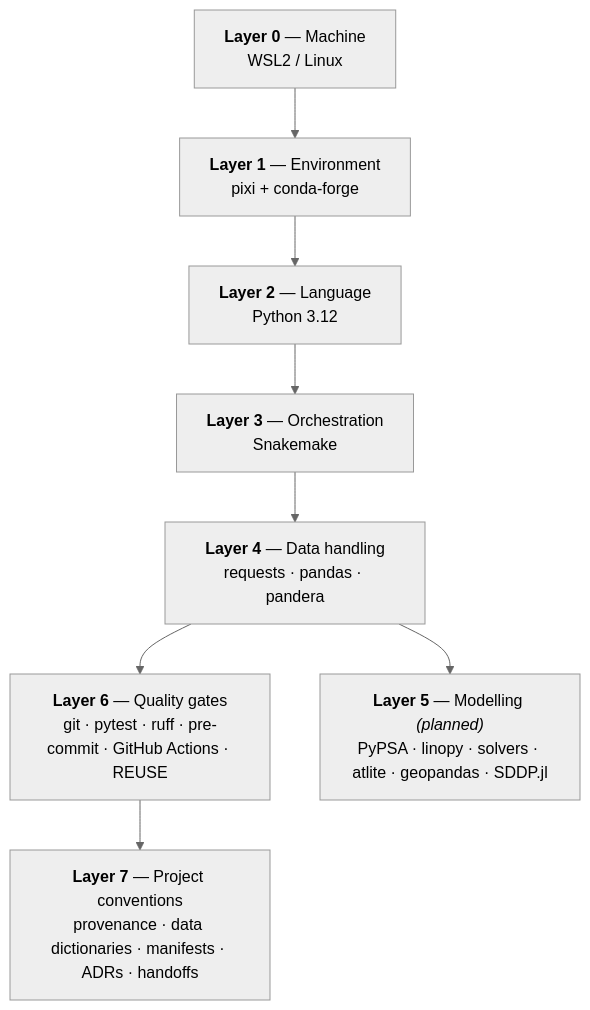
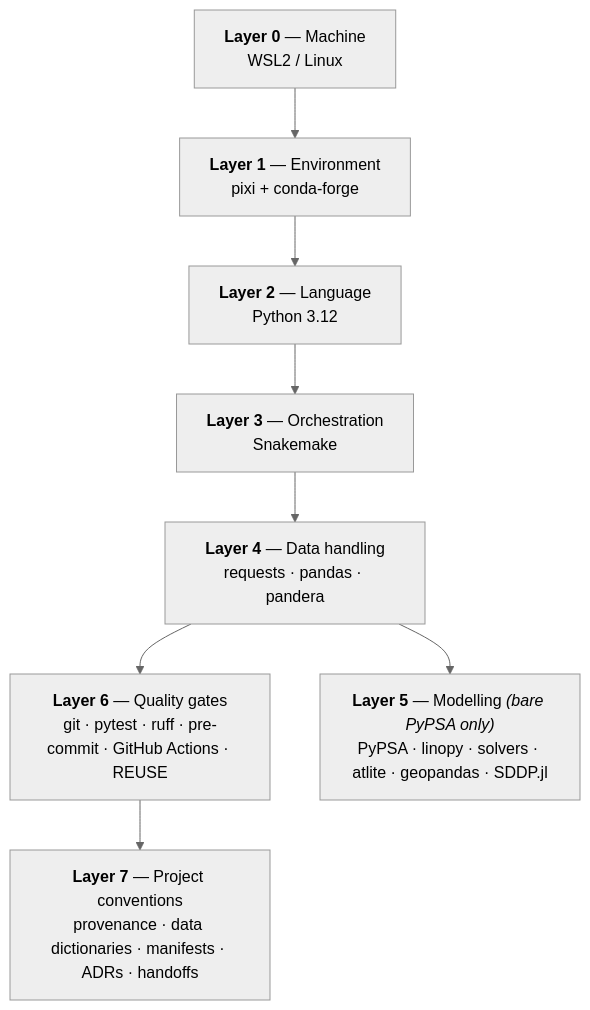
One commit to leonardovbonatto/pypsa-meets-brazil changed the third of 12 diagrams in docs/STACK.md. Above: the diagram before and after it, drawn with Mermaid (neutral theme). The commit also changed other lines of this file and 7 other files, not shown here.

````diff
--- a/docs/STACK.md
+++ b/docs/STACK.md
@@ -87,15 +96,15 @@
 ```mermaid
 flowchart TD
     L7["<b>Layer 7</b> — Project conventions<br/>provenance · data dictionaries · manifests · ADRs · handoffs"]
     L6["<b>Layer 6</b> — Quality gates<br/>git · pytest · ruff · pre-commit · GitHub Actions · REUSE"]
-    L5["<b>Layer 5</b> — Modelling <i>(planned)</i><br/>PyPSA · linopy · solvers · atlite · geopandas · SDDP.jl"]
+    L5["<b>Layer 5</b> — Modelling <i>(bare PyPSA only)</i><br/>PyPSA · linopy · solvers · atlite · geopandas · SDDP.jl"]
     L4["<b>Layer 4</b> — Data handling<br/>requests · pandas · pandera"]
     L3["<b>Layer 3</b> — Orchestration<br/>Snakemake"]
     L2["<b>Layer 2</b> — Language<br/>Python 3.12"]
     L1["<b>Layer 1</b> — Environment<br/>pixi + conda-forge"]
     L0["<b>Layer 0</b> — Machine<br/>WSL2 / Linux"]
 
     L0 --> L1 --> L2 --> L3 --> L4 --> L5
     L4 --> L6
     L6 --> L7
 ```
````
